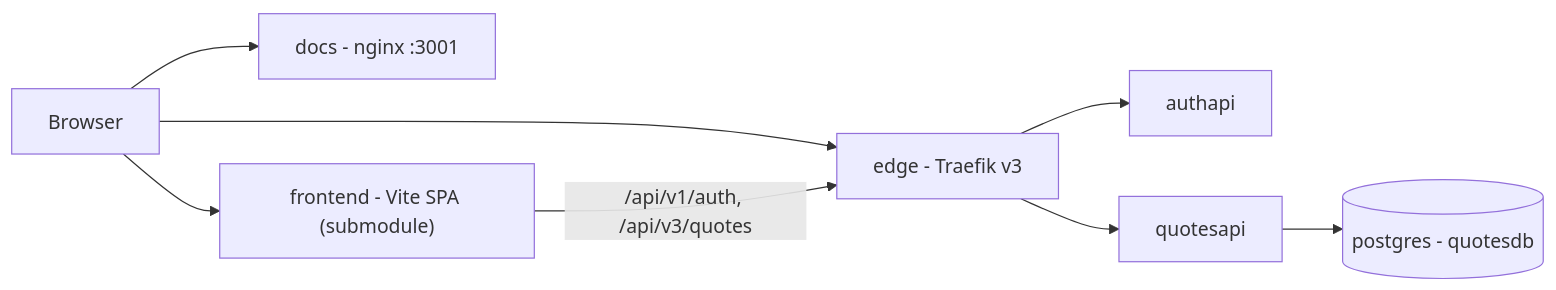
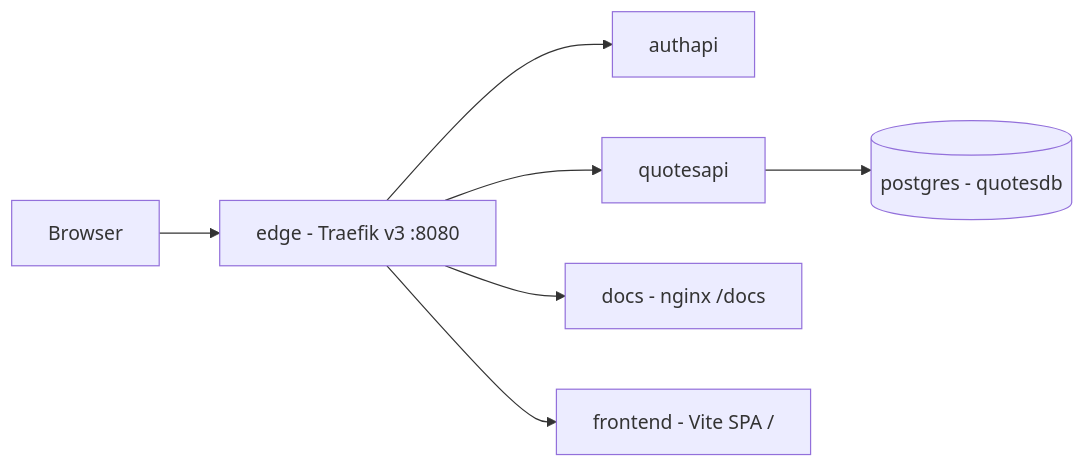
One commit to josnelihurt/code.examples.go.quotes changed the first of 3 diagrams in docs/system-design.md. Above: the diagram before and after it, drawn with Mermaid. The commit also changed other lines of this file and 10 other files, not shown here.

Commit message:
feat: route docs pgweb and spa through one traefik port

````diff
--- a/docs/system-design.md
+++ b/docs/system-design.md
@@ -13,18 +13,17 @@
 ```mermaid
 flowchart LR
   user["Browser"]
-  edge["edge - Traefik v3"]
+  edge["edge - Traefik v3 :8080"]
   auth["authapi"]
   quotes["quotesapi"]
   pg[("postgres - quotesdb")]
-  site["docs - nginx :3001"]
-  spa["frontend - Vite SPA (submodule)"]
+  site["docs - nginx /docs"]
+  spa["frontend - Vite SPA /"]
 
-  user --> spa
-  user --> site
   user --> edge
-  spa -->|"/api/v1/auth, /api/v3/quotes"| edge
   edge --> auth
   edge --> quotes
+  edge --> site
+  edge --> spa
   quotes --> pg
 ```
````
